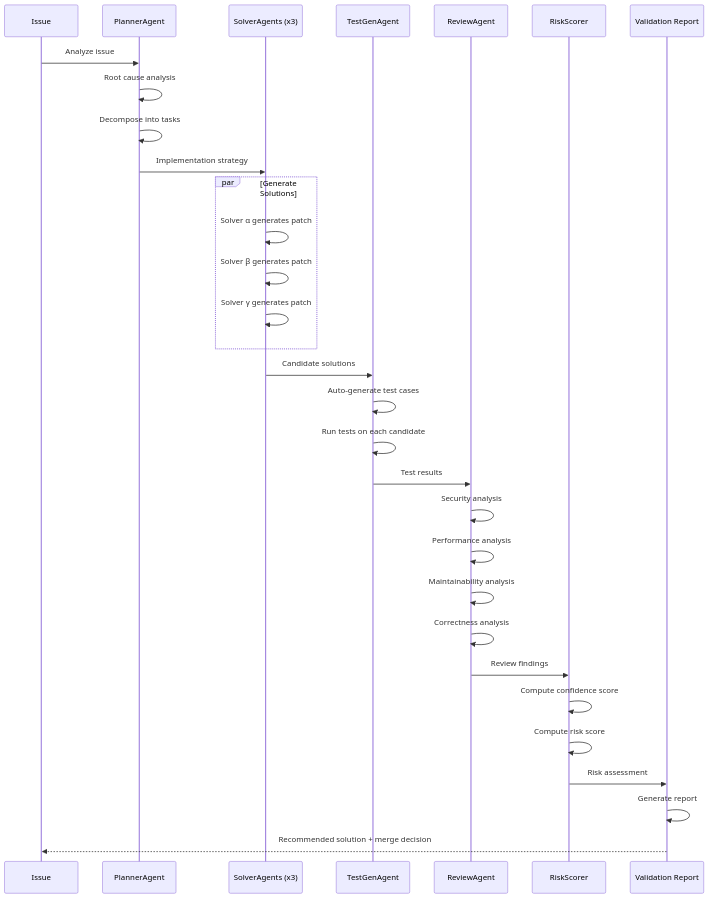
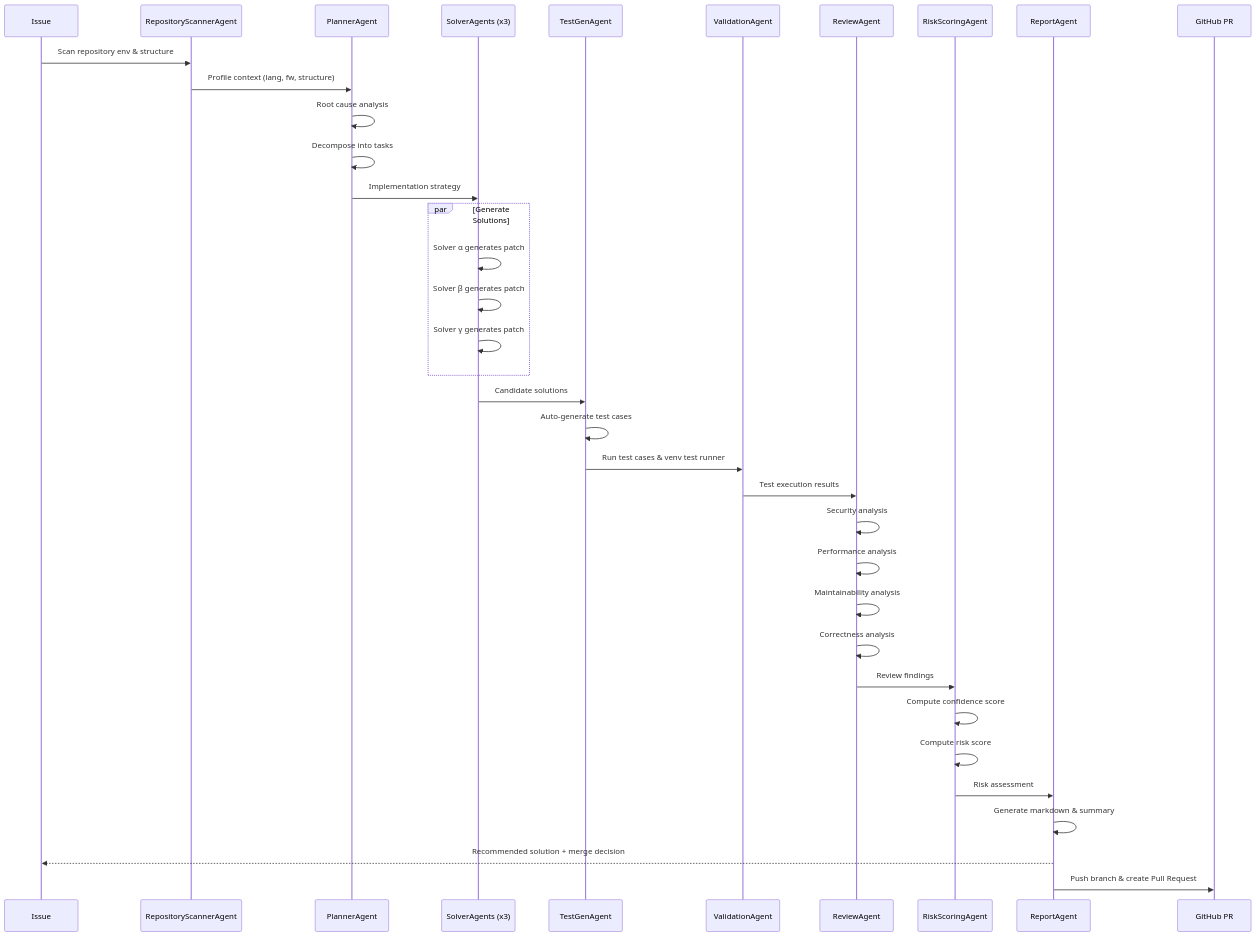
The second of 2 diagrams in README.md (Yashrathore05/PatchGuard-AI), drawn with Mermaid before and after one commit. The commit also changed other lines of this file and 140 other files, not shown here.

````diff
--- a/README.md
+++ b/README.md
@@ -115,39 +118,44 @@
 ```mermaid
 sequenceDiagram
     participant I as Issue
+    participant X as RepositoryScannerAgent
     participant P as PlannerAgent
     participant S as SolverAgents (x3)
     participant T as TestGenAgent
+    participant V as ValidationAgent
     participant R as ReviewAgent
-    participant K as RiskScorer
-    participant V as Validation Report
+    participant K as RiskScoringAgent
+    participant Rep as ReportAgent
+    participant G as GitHub PR
 
-    I->>P: Analyze issue
+    I->>X: Scan repository env & structure
+    X->>P: Profile context (lang, fw, structure)
     P->>P: Root cause analysis
     P->>P: Decompose into tasks
     P->>S: Implementation strategy
     
     par Generate Solutions
         S->>S: Solver α generates patch
         S->>S: Solver β generates patch
         S->>S: Solver γ generates patch
     end
     
     S->>T: Candidate solutions
     T->>T: Auto-generate test cases
-    T->>T: Run tests on each candidate
-    T->>R: Test results
+    T->>V: Run test cases & venv test runner
+    V->>R: Test execution results
     
     R->>R: Security analysis
     R->>R: Performance analysis
     R->>R: Maintainability analysis
     R->>R: Correctness analysis
     R->>K: Review findings
     
     K->>K: Compute confidence score
     K->>K: Compute risk score
-    K->>V: Risk assessment
+    K->>Rep: Risk assessment
     
-    V->>V: Generate report
-    V-->>I: Recommended solution + merge decision
+    Rep->>Rep: Generate markdown & summary
+    Rep-->>I: Recommended solution + merge decision
+    Rep->>G: Push branch & create Pull Request
 ```
````
